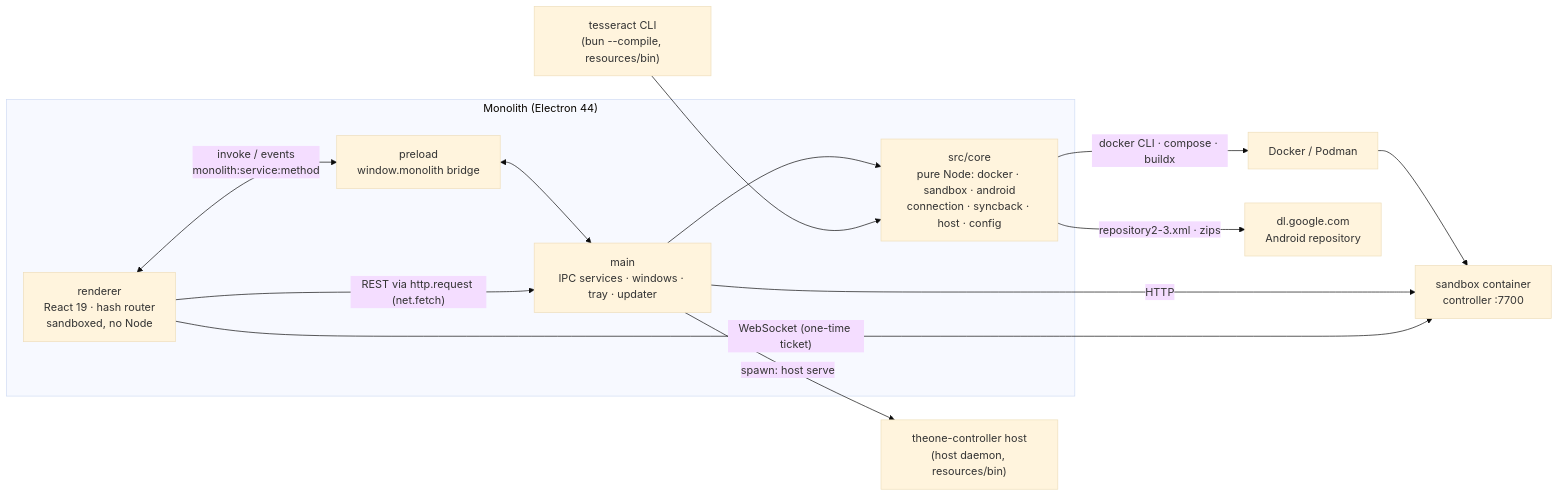
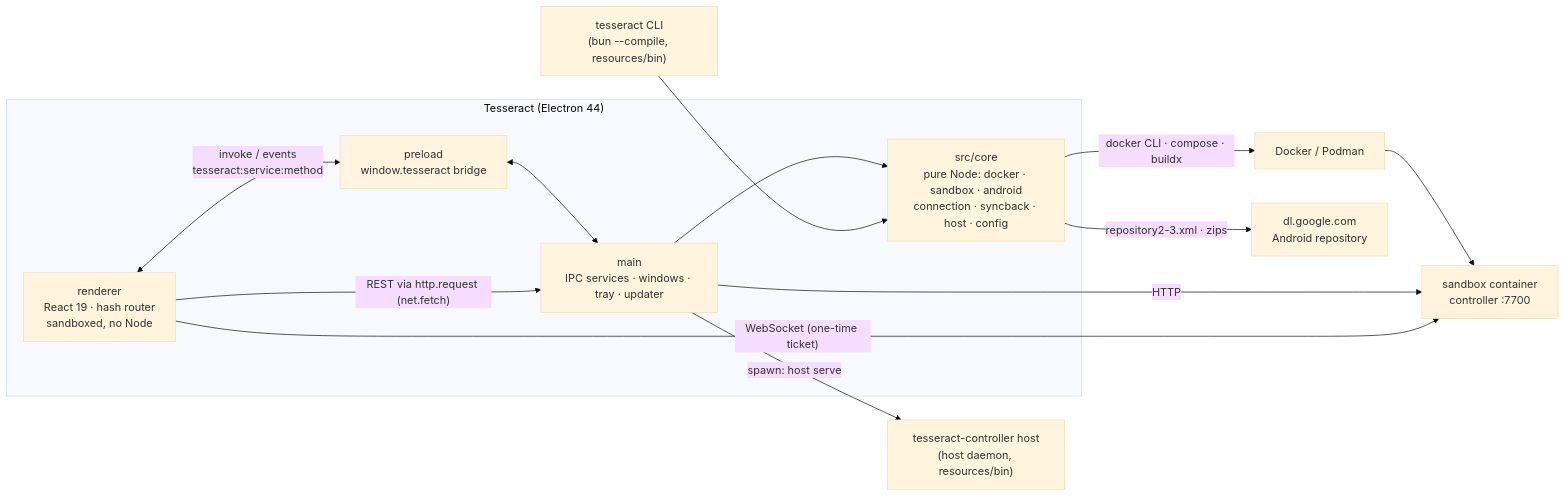
One commit to kevin-roan/tesseract changed the first of 4 diagrams in docs/architecture/electron-desktop.md. Above: the diagram before and after it, drawn with Mermaid (base theme). The commit also changed other lines of this file and 3196 other files, not shown here.

````diff
--- a/docs/architecture/electron-desktop.md
+++ b/docs/architecture/electron-desktop.md
@@ -16,23 +16,23 @@
 ```mermaid
 flowchart LR
-  subgraph desktop["Monolith (Electron 44)"]
+  subgraph desktop["Tesseract (Electron 44)"]
     r["renderer<br/>React 19 · hash router<br/>sandboxed, no Node"]
-    p["preload<br/>window.monolith bridge"]
+    p["preload<br/>window.tesseract bridge"]
     m["main<br/>IPC services · windows · tray · updater"]
     c["src/core<br/>pure Node: docker · sandbox · android<br/>connection · syncback · host · config"]
   end
   cli["tesseract CLI<br/>(bun --compile, resources/bin)"]
-  hd["theone-controller host<br/>(host daemon, resources/bin)"]
+  hd["tesseract-controller host<br/>(host daemon, resources/bin)"]
   dk["Docker / Podman"]
   sb["sandbox container<br/>controller :7700"]
   g["dl.google.com<br/>Android repository"]
-  r <-->|"invoke / events<br/>monolith:service:method"| p <--> m
+  r <-->|"invoke / events<br/>tesseract:service:method"| p <--> m
   m --> c
   cli --> c
   c -->|"docker CLI · compose · buildx"| dk --> sb
   c -->|"repository2-3.xml · zips"| g
   m -->|"spawn: host serve"| hd
   r -->|"REST via http.request (net.fetch)"| m
   m -->|HTTP| sb
   r -->|"WebSocket (one-time ticket)"| sb
 ```
````
